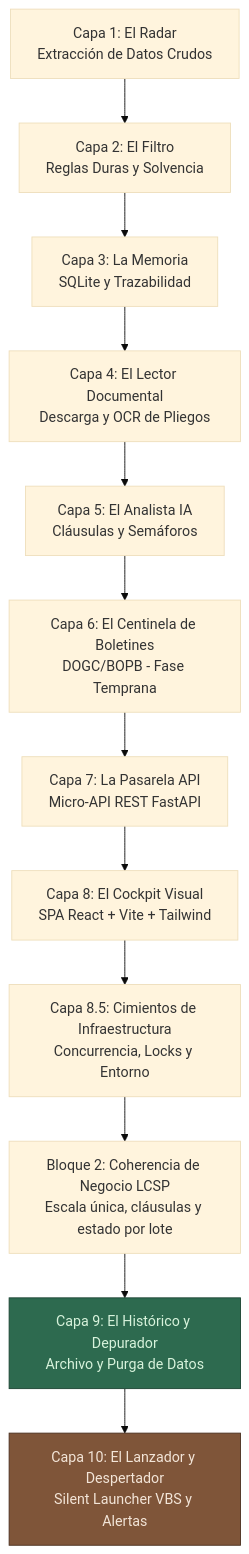
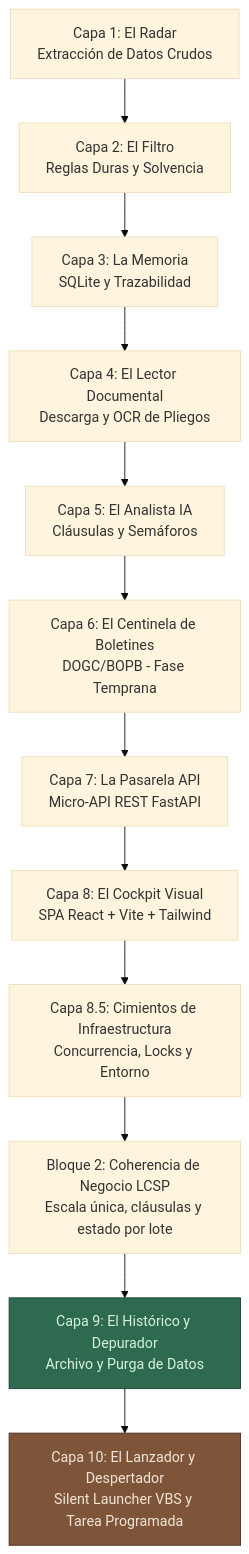
The first of 5 diagrams in README.md (DonBorgiFR/licit-accion), drawn with Mermaid (base theme) before and after one commit. The commit also changed other lines of this file and 2 other files, not shown here.

First line of the commit message:
Capa 10 redactada: diez pasos para que lo construido se use

````diff
--- a/README.md
+++ b/README.md
@@ -220,17 +220,17 @@
 ```mermaid
 graph TD
     C1[Capa 1: El Radar<br/>Extracción de Datos Crudos] --> C2[Capa 2: El Filtro<br/>Reglas Duras y Solvencia]
     C2 --> C3[Capa 3: La Memoria<br/>SQLite y Trazabilidad]
     C3 --> C4[Capa 4: El Lector Documental<br/>Descarga y OCR de Pliegos]
     C4 --> C5[Capa 5: El Analista IA<br/>Cláusulas y Semáforos]
     C5 --> C6[Capa 6: El Centinela de Boletines<br/>DOGC/BOPB - Fase Temprana]
     C6 --> C7[Capa 7: La Pasarela API<br/>Micro-API REST FastAPI]
     C7 --> C8[Capa 8: El Cockpit Visual<br/>SPA React + Vite + Tailwind]
     C8 --> C85[Capa 8.5: Cimientos de Infraestructura<br/>Concurrencia, Locks y Entorno]
     C85 --> B2[Bloque 2: Coherencia de Negocio LCSP<br/>Escala única, cláusulas y estado por lote]
     B2 --> C9[Capa 9: El Histórico y Depurador<br/>Archivo y Purga de Datos]
-    C9 --> C10[Capa 10: El Lanzador y Despertador<br/>Silent Launcher VBS y Alertas]
+    C9 --> C10[Capa 10: El Lanzador y Despertador<br/>Silent Launcher VBS y Tarea Programada]
 
     style C9 fill:#2d6a4f,stroke:#1b4332,color:#d8f3dc
     style C10 fill:#7f5539,stroke:#4a2f1f,color:#f3e5d8
 ```
````
